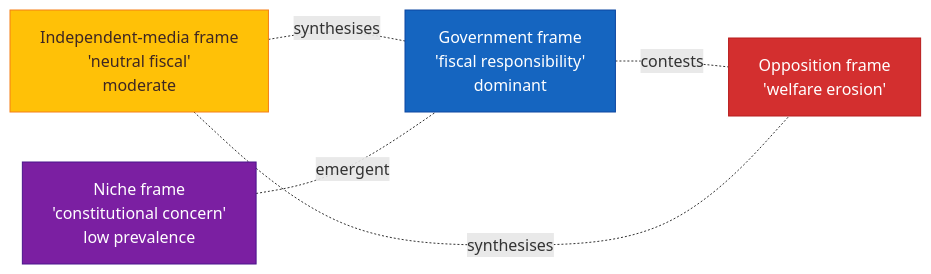
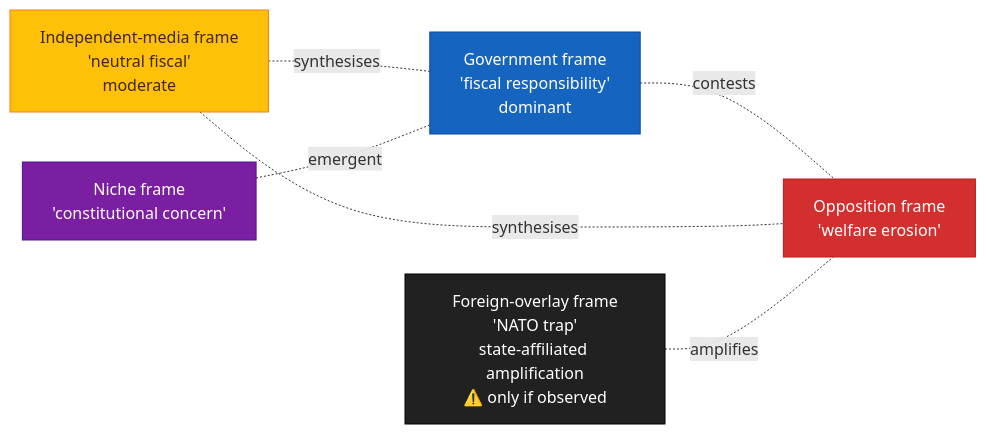
The sixth of 9 diagrams in analysis/methodologies/electoral-domain-methodology.md (Hack23/riksdagsmonitor), drawn with Mermaid before and after one commit. The commit also changed other lines of this file and 9 other files, not shown here.

````diff
--- a/analysis/methodologies/electoral-domain-methodology.md
+++ b/analysis/methodologies/electoral-domain-methodology.md
@@ -337,17 +348,20 @@
 ```mermaid
 graph LR
     classDef gov fill:#1565C0,stroke:#0D47A1,color:#FFFFFF
     classDef opp fill:#D32F2F,stroke:#B71C1C,color:#FFFFFF
     classDef indep fill:#FFC107,stroke:#F57F17,color:#3E2723
     classDef niche fill:#7B1FA2,stroke:#4A148C,color:#FFFFFF
+    classDef foreign fill:#212121,stroke:#000000,color:#FFFFFF
 
     F1[Government frame<br/>'fiscal responsibility'<br/>dominant]:::gov
     F2[Opposition frame<br/>'welfare erosion']:::opp
     F3[Independent-media frame<br/>'neutral fiscal'<br/>moderate]:::indep
-    F4[Niche frame<br/>'constitutional concern'<br/>low prevalence]:::niche
+    F4[Niche frame<br/>'constitutional concern']:::niche
+    F5[Foreign-overlay frame<br/>'NATO trap'<br/>state-affiliated amplification<br/>⚠️ only if observed]:::foreign
 
     F1 -.contests.- F2
     F3 -.synthesises.- F1
     F3 -.synthesises.- F2
     F4 -.emergent.- F1
+    F5 -.amplifies.- F2
 ```
````
